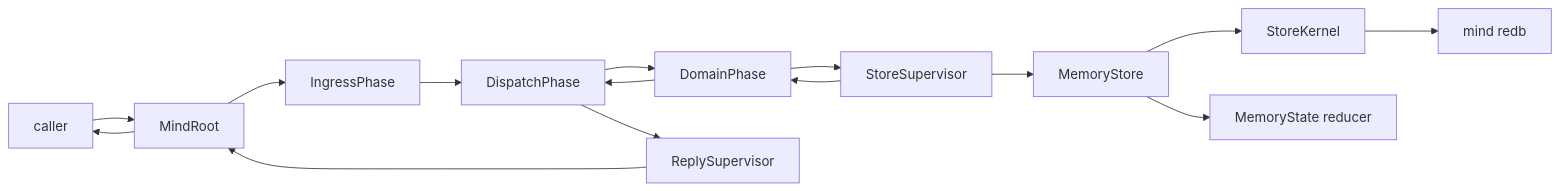
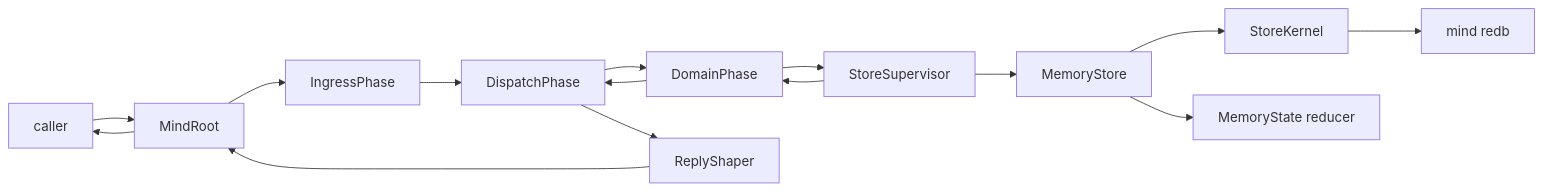
The fourth of 7 diagrams in ARCHITECTURE.md (LiGoldragon/persona-orchestrate), drawn with Mermaid before and after one commit. The commit also changed other lines of this file and 6 other files, not shown here.

Commit message:
persona-mind: rename ReplySupervisor to ReplyShaper

````diff
--- a/ARCHITECTURE.md
+++ b/ARCHITECTURE.md
@@ -154,17 +154,17 @@
 ```mermaid
 graph LR
     caller[caller] --> root[MindRoot]
     root --> ingress[IngressPhase]
     ingress --> dispatch[DispatchPhase]
     dispatch --> domain[DomainPhase]
     domain --> store[StoreSupervisor]
     store --> memory[MemoryStore]
     memory --> kernel[StoreKernel]
     kernel --> db[mind redb]
     memory --> reducer[MemoryState reducer]
     store --> domain
     domain --> dispatch
-    dispatch --> reply[ReplySupervisor]
+    dispatch --> reply[ReplyShaper]
     reply --> root
     root --> caller
 ```
````
